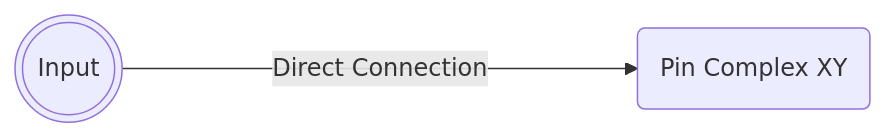
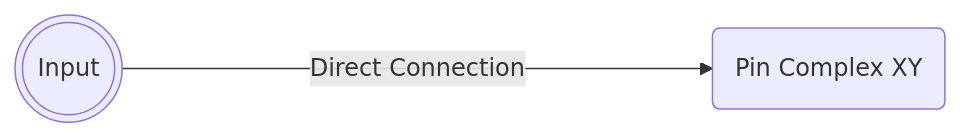
One commit to 5T33Z0/OC-Little-Translated changed the second of 9 diagrams in L_ALC_Layout-ID/README.md. Above: the diagram before and after it, drawn with Mermaid. The commit also changed other lines of this file, not shown here.

````diff
--- a/L_ALC_Layout-ID/README.md
+++ b/L_ALC_Layout-ID/README.md
@@ -203,4 +199,4 @@
 	```mermaid
-	flowchart LR
-		id1(((Input))) ----->|Direct Connection|id3(Pin Complex XY)
+		flowchart LR
+		id1(((Input))) ------>|Direct Connection|id3(Pin Complex XY)
 	```
````
